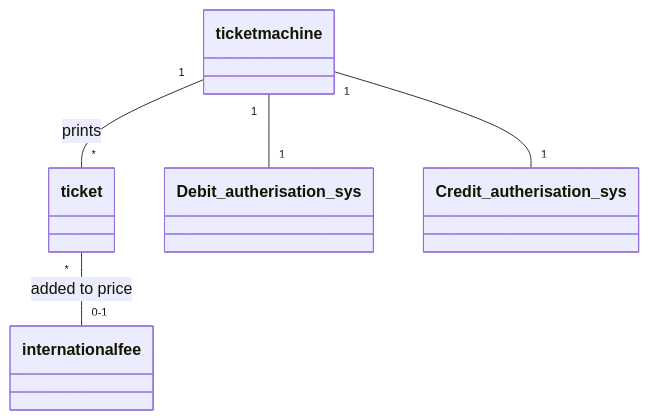
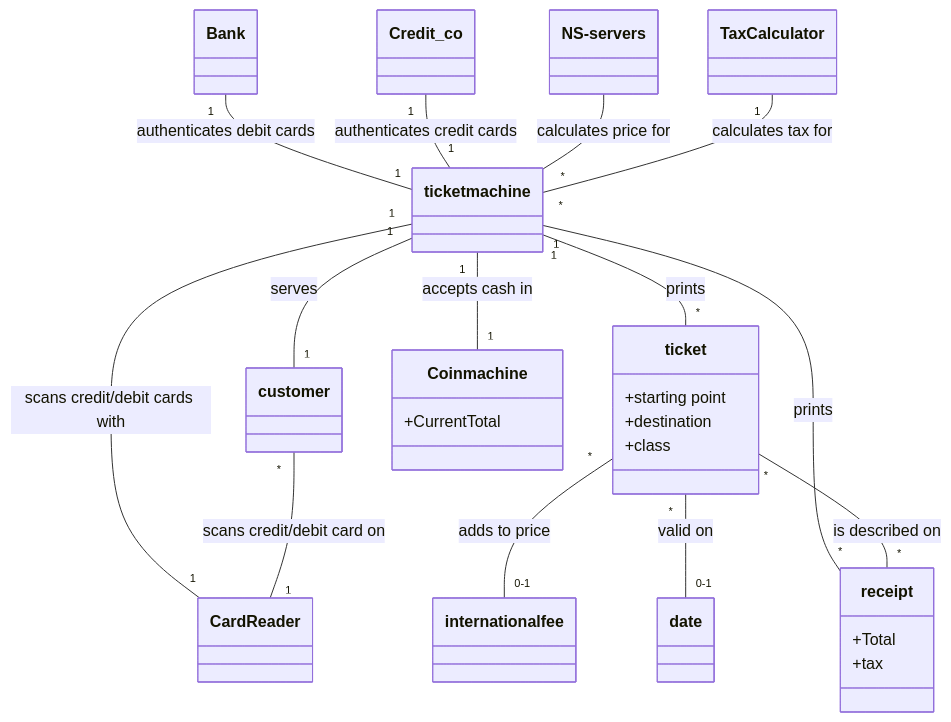
One commit to ThannerJonna/MSO23_G19 changed the diagram in Domain.md. Above: the diagram before and after it, drawn with Mermaid.

Commit message:
Final version?

````diff
--- a/Domain.md
+++ b/Domain.md
@@ -1,15 +1,35 @@
 ```mermaid
 classDiagram
-ticket "*" -- "0-1" international fee : added to price
+
+ticketmachine "1" -- "1" customer : serves
+ticket "*" -- "0-1" international fee : adds to price
 ticketmachine "1" -- "*" ticket : prints
-ticketmachine "1" -- "1" Debit_autherisation_sys
-ticketmachine "1" -- "1" Credit_autherisation_sys
+Bank  "1" -- "1" ticketmachine : authenticates debit cards
+Credit_co "1" -- "1"  ticketmachine : authenticates credit cards
+ticket "*" -- "0-1" date : valid on
+NS-servers -- "*" ticketmachine : calculates price for
+ticketmachine "1" -- "*" receipt : prints
+ticket "*" -- "*" receipt : is described on
+ticketmachine "1" -- "1" Coin machine : accepts cash in
+ticketmachine "1" -- "1" CardReader : scans credit/debit cards with
+customer "*"  -- "1" CardReader : scans credit/debit card on
+TaxCalculator "1" -- "*" ticketmachine : calculates tax for
 
 class ticketmachine
 
-class ticket
+class ticket{
+    +starting point
+    +destination
+    +class
+}
 
-class Debit_autherisation_sys
+class Coinmachine{
+    +CurrentTotal
+}
 
-class Credit_autherisation_sys
+class receipt{
+    +Total
+    +tax
+}
+
 ```
````
